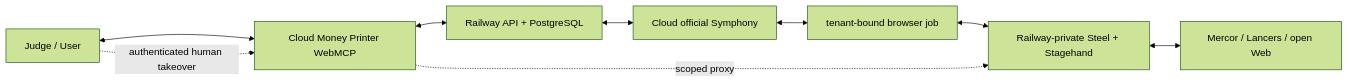
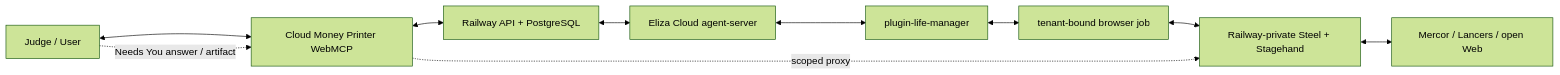
Before and after one commit to Daisuke134/anicca: the first of 2 diagrams in docs/superpowers/specs/2026-08-28-webmcp-challenge-winning-contract.md, drawn with Mermaid (forest theme). The commit also changed other lines of this file, not shown here.

Commit message:
docs(webmcp): make Eliza cloud the money printer runtime

````diff
--- a/docs/superpowers/specs/2026-08-28-webmcp-challenge-winning-contract.md
+++ b/docs/superpowers/specs/2026-08-28-webmcp-challenge-winning-contract.md
@@ -488,11 +488,12 @@
 ```mermaid
 flowchart LR
   U[Judge / User] <--> MP[Cloud Money Printer WebMCP]
   MP <--> API[Railway API + PostgreSQL]
-  API <--> SYM[Cloud official Symphony]
-  SYM <--> BJ[tenant-bound browser job]
+  API <--> ELZ[Eliza Cloud agent-server]
+  ELZ <--> LM[plugin-life-manager]
+  LM <--> BJ[tenant-bound browser job]
   BJ <--> ST[Railway-private Steel + Stagehand]
   ST <--> MER[Mercor / Lancers / open Web]
-  U -. authenticated human takeover .-> MP
+  U -. Needs You answer / artifact .-> MP
   MP -. scoped proxy .-> ST
 ```
````
